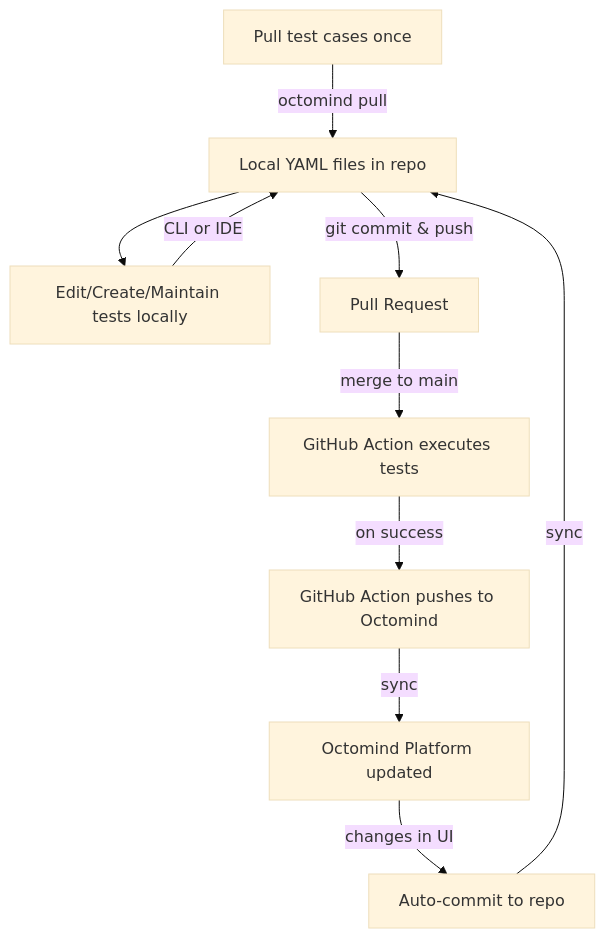
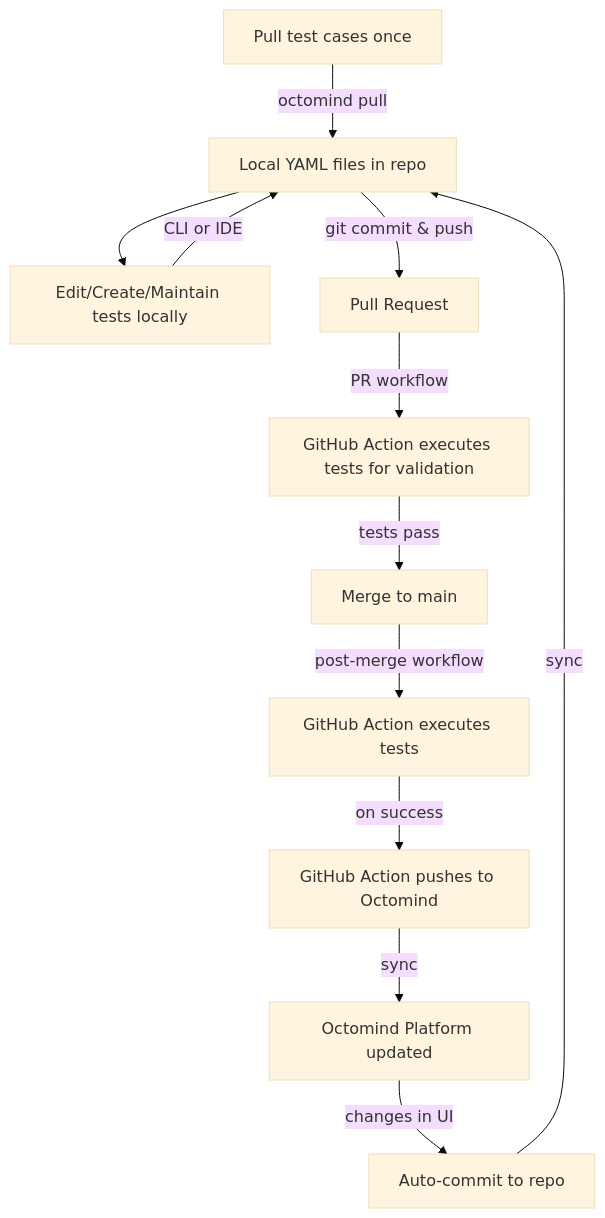
The diagram in dev-mode/dev-mode.mdx (OctoMind-dev/mintlify-docs), drawn with Mermaid (base theme) before and after one commit.

Commit message:
add execute on PR

````diff
--- a/dev-mode/dev-mode.mdx
+++ b/dev-mode/dev-mode.mdx
@@ -52,12 +52,14 @@
 ```mermaid
 graph TD
     A[Pull test cases once] -->|octomind pull| B[Local YAML files in repo]
     B --> C[Edit/Create/Maintain tests locally]
     C -->|CLI or IDE| B
     B -->|git commit & push| D[Pull Request]
-    D -->|merge to main| E[GitHub Action executes tests]
-    E -->|on success| F[GitHub Action pushes to Octomind]
-    F -->|sync| G[Octomind Platform updated]
-    G -->|changes in UI| H[Auto-commit to repo]
-    H -->|sync| B
+    D -->|PR workflow| E[GitHub Action executes tests for validation]
+    E -->|tests pass| F[Merge to main]
+    F -->|post-merge workflow| G[GitHub Action executes tests]
+    G -->|on success| H[GitHub Action pushes to Octomind]
+    H -->|sync| I[Octomind Platform updated]
+    I -->|changes in UI| J[Auto-commit to repo]
+    J -->|sync| B
 ```
````
